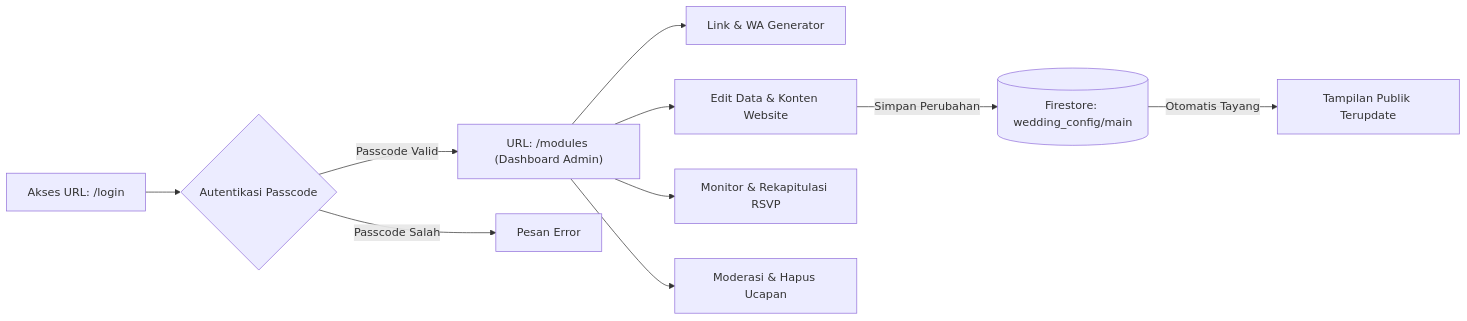
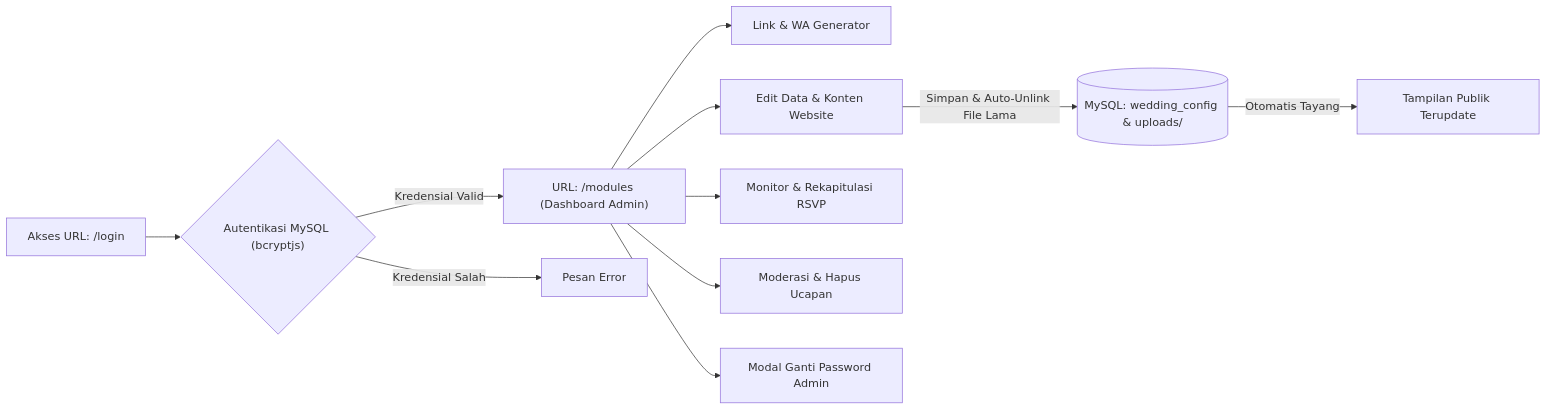
Before and after one commit to hndko/app_weddingbetawi_react: the second of 2 diagrams in README.md, drawn with Mermaid. The commit also changed other lines of this file and 39 other files, not shown here.

````diff
--- a/README.md
+++ b/README.md
@@ -103,12 +106,13 @@
 ```mermaid
 graph LR
-    A["Akses URL: /login"] --> B{"Autentikasi Passcode"}
-    B -->|"Passcode Valid"| C["URL: /modules (Dashboard Admin)"]
-    B -->|"Passcode Salah"| D["Pesan Error"]
+    A["Akses URL: /login"] --> B{"Autentikasi MySQL (bcryptjs)"}
+    B -->|"Kredensial Valid"| C["URL: /modules (Dashboard Admin)"]
+    B -->|"Kredensial Salah"| D["Pesan Error"]
     C --> E["Link & WA Generator"]
     C --> F["Edit Data & Konten Website"]
     C --> G["Monitor & Rekapitulasi RSVP"]
     C --> H["Moderasi & Hapus Ucapan"]
-    F -->|"Simpan Perubahan"| I[("Firestore: wedding_config/main")]
-    I -->|"Otomatis Tayang"| J["Tampilan Publik Terupdate"]
+    C --> I["Modal Ganti Password Admin"]
+    F -->|"Simpan & Auto-Unlink File Lama"| J[("MySQL: wedding_config & uploads/")]
+    J -->|"Otomatis Tayang"| K["Tampilan Publik Terupdate"]
 ```
````
